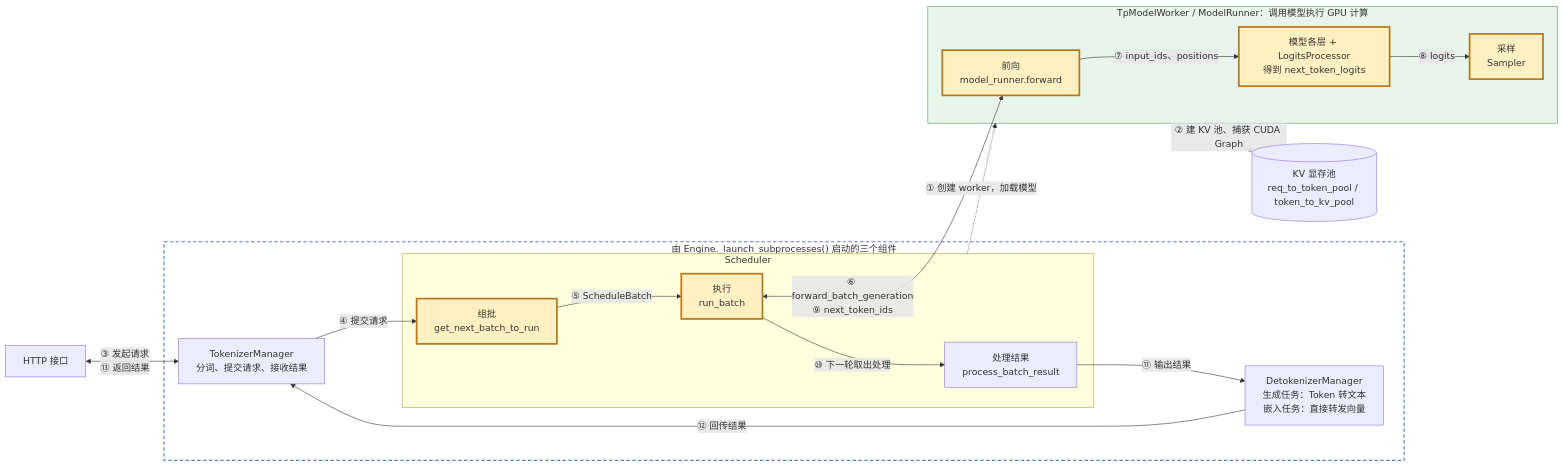
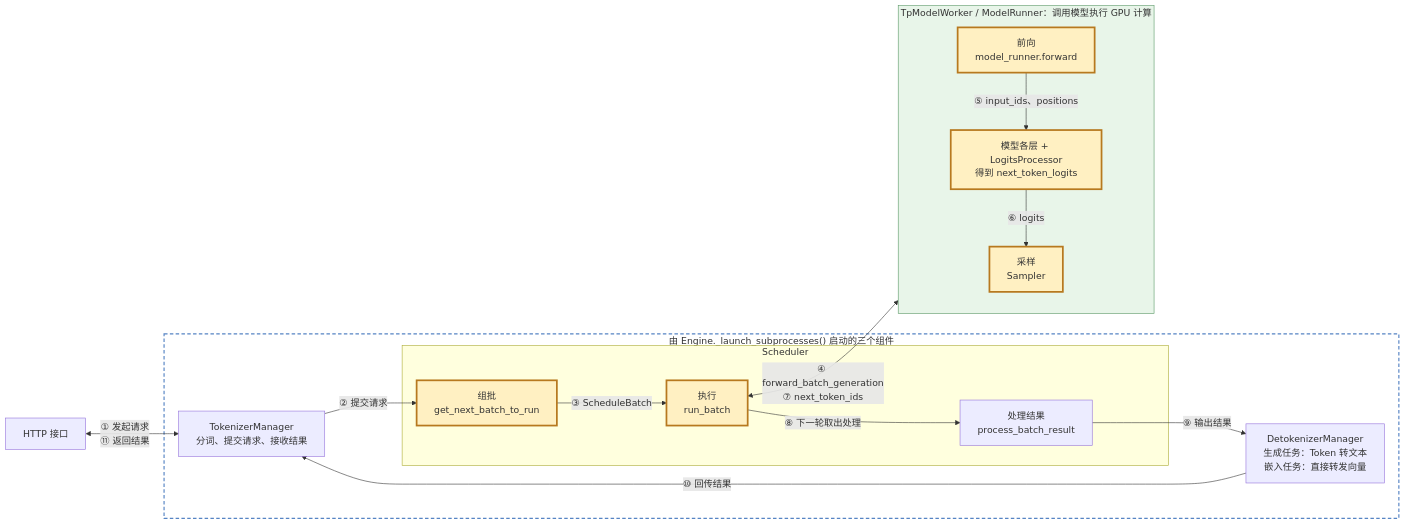
The second of 8 diagrams in user_guide_zh/基础知识二：一次推理的全过程（启动、组批、前向与采样）.md (dugenkui03/sglang), drawn with Mermaid before and after one commit. The commit also changed other lines of this file, not shown here.

Commit message:
docs: split inference guide overview into startup and request diagrams

````diff
--- a/user_guide_zh/基础知识二：一次推理的全过程（启动、组批、前向与采样）.md
+++ b/user_guide_zh/基础知识二：一次推理的全过程（启动、组批、前向与采样）.md
@@ -9,34 +44,32 @@
 ```mermaid
 flowchart LR
     H["HTTP 接口"]
     subgraph Components["由 Engine._launch_subprocesses() 启动的三个组件"]
         T["TokenizerManager<br/>分词、提交请求、接收结果"]
         subgraph S["Scheduler"]
             GB["组批<br/>get_next_batch_to_run"]
             RB["执行<br/>run_batch"]
             PR["处理结果<br/>process_batch_result"]
         end
         D["DetokenizerManager<br/>生成任务：Token 转文本<br/>嵌入任务：直接转发向量"]
-        T -->|"④ 提交请求"| GB
-        GB -->|"⑤ ScheduleBatch"| RB
-        RB -->|"⑩ 下一轮取出处理"| PR
-        PR -->|"⑪ 输出结果"| D
-        D -->|"⑫ 回传结果"| T
+        T -->|"② 提交请求"| GB
+        GB -->|"③ ScheduleBatch"| RB
+        RB -->|"⑧ 下一轮取出处理"| PR
+        PR -->|"⑨ 输出结果"| D
+        D -->|"⑩ 回传结果"| T
     end
     subgraph M["TpModelWorker / ModelRunner：调用模型执行 GPU 计算"]
+        direction TB
         FW["前向<br/>model_runner.forward"]
         LP["模型各层 + LogitsProcessor<br/>得到 next_token_logits"]
         SP["采样<br/>Sampler"]
-        FW -->|"⑦ input_ids、positions"| LP
-        LP -->|"⑧ logits"| SP
+        FW -->|"⑤ input_ids、positions"| LP
+        LP -->|"⑥ logits"| SP
     end
-    POOL[("KV 显存池<br/>req_to_token_pool / token_to_kv_pool")]
-    H <-->|"③ 发起请求<br/>⑬ 返回结果"| T
-    RB <-->|"⑥ forward_batch_generation<br/>⑨ next_token_ids"| FW
-    S -.->|"① 创建 worker，加载模型"| M
-    M -.->|"② 建 KV 池、捕获 CUDA Graph"| POOL
+    H <-->|"① 发起请求<br/>⑪ 返回结果"| T
+    RB <-->|"④ forward_batch_generation<br/>⑦ next_token_ids"| M
     style Components fill:none,stroke:#5684c4,stroke-width:2px,stroke-dasharray:6 4
     style M fill:#e8f5e9,stroke:#589765
     classDef cur fill:#fff0c2,stroke:#b7791f,stroke-width:3px
     class GB,RB,FW,LP,SP cur
 ```
````
